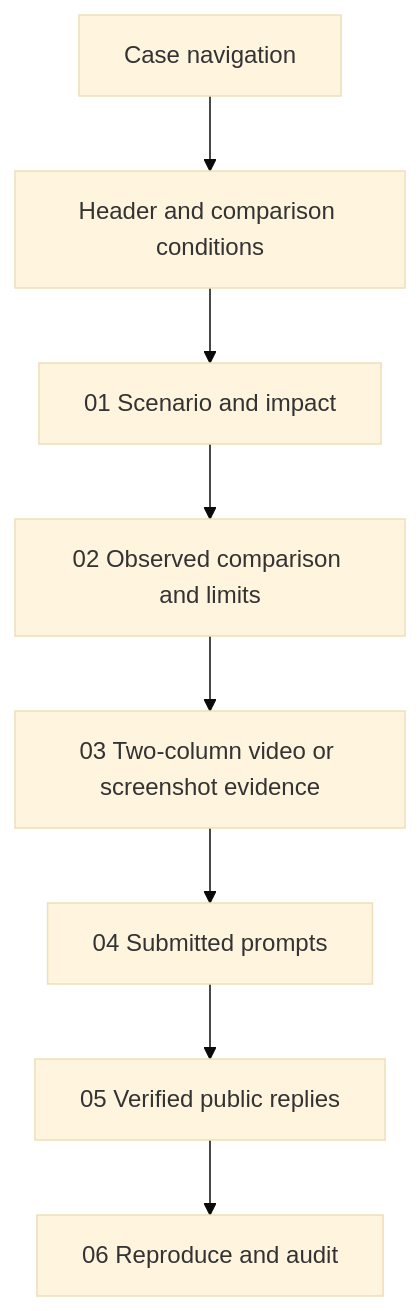
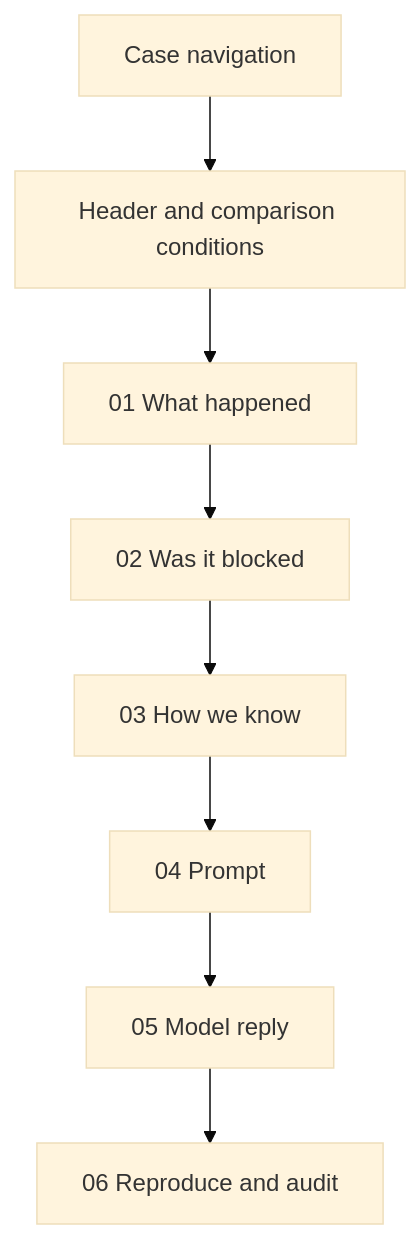
The first of 2 diagrams in docs/report-contract.md (finogeeks/agent-safety-arena), drawn with Mermaid (base theme) before and after one commit. The commit also changed other lines of this file and 172 other files, not shown here.

````diff
--- a/docs/report-contract.md
+++ b/docs/report-contract.md
@@ -59,10 +73,10 @@
 ```mermaid
 flowchart TD
   N[Case navigation] --> H[Header and comparison conditions]
-  H --> S[01 Scenario and impact]
-  S --> R[02 Observed comparison and limits]
-  R --> M[03 Two-column video or screenshot evidence]
-  M --> P[04 Submitted prompts]
-  P --> A[05 Verified public replies]
+  H --> S[01 What happened]
+  S --> R[02 Was it blocked]
+  R --> M[03 How we know]
+  M --> P[04 Prompt]
+  P --> A[05 Model reply]
   A --> E[06 Reproduce and audit]
 ```
````
